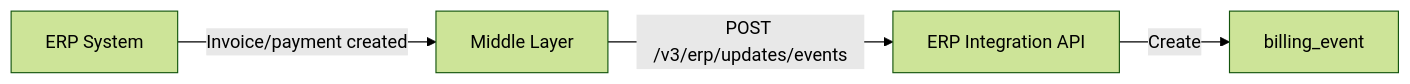
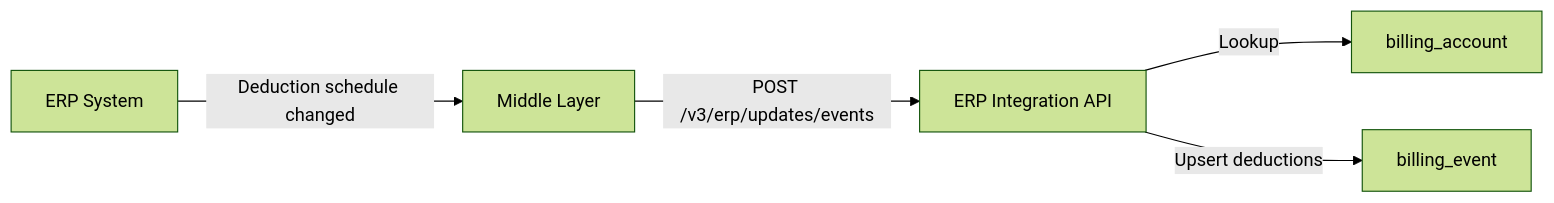
The eighth of 22 diagrams in docs/integrations/erp-toolkit/use-cases.md (epilot-dev/docs), drawn with Mermaid (forest theme) before and after one commit. The commit also changed other lines of this file, not shown here.

First line of the commit message:
docs(erp-toolkit): expand use cases with the Wilken integration set

````diff
--- a/docs/integrations/erp-toolkit/use-cases.md
+++ b/docs/integrations/erp-toolkit/use-cases.md
@@ -235,6 +283,7 @@
 ```mermaid
 flowchart LR
-    ERP[ERP System] -->|Invoice/payment created| MW[Middle Layer]
+    ERP[ERP System] -->|Deduction schedule changed| MW[Middle Layer]
     MW -->|POST /v3/erp/updates/events| API[ERP Integration API]
-    API -->|Create| BE[billing_event]
+    API -->|Lookup| BA[billing_account]
+    API -->|Upsert deductions| BE[billing_event]
 ```
````
